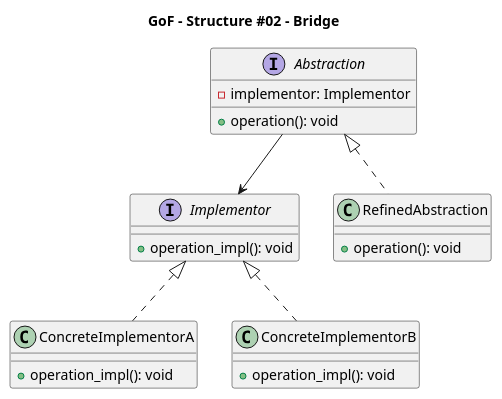
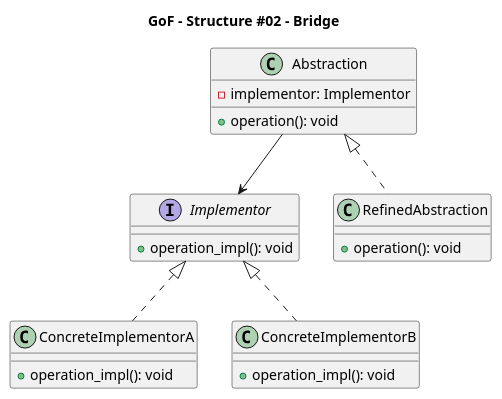
One commit to Takayoshi-Matsuyama/design_patterns changed the diagram in GoF/GoF_st02_bridge.puml. Above: the diagram before and after it, drawn with PlantUML. The commit also changed 10 other files, not shown here.

```diff
--- a/GoF/GoF_st02_bridge.puml
+++ b/GoF/GoF_st02_bridge.puml
@@ -1,46 +1,46 @@
 @startuml gof_bridge
 
 'Copyright 2026 Takayoshi Matsuyama
 '
 'Licensed under the Apache License, Version 2.0 (the "License");
 'you may not use this file except in compliance with the License.
 'You may obtain a copy of the License at
 '
 '    http://www.apache.org/licenses/LICENSE-2.0
 '
 'Unless required by applicable law or agreed to in writing, software
 'distributed under the License is distributed on an "AS IS" BASIS,
 'WITHOUT WARRANTIES OR CONDITIONS OF ANY KIND, either express or implied.
 'See the License for the specific language governing permissions and
 'limitations under the License.
 
 title GoF - Structure #02 - Bridge
 
 interface Implementor {
     +operation_impl(): void
 }
 
 class ConcreteImplementorA {
     +operation_impl(): void
 }
 
 class ConcreteImplementorB {
     +operation_impl(): void
 }
 
 Implementor <|.. ConcreteImplementorA
 Implementor <|.. ConcreteImplementorB
 
-interface Abstraction {
+class Abstraction {
     -implementor: Implementor
     +operation(): void
 }
 
 class RefinedAbstraction {
     +operation(): void
 }
 
 Abstraction <|.. RefinedAbstraction
 
 Abstraction --> Implementor
 @enduml
```
